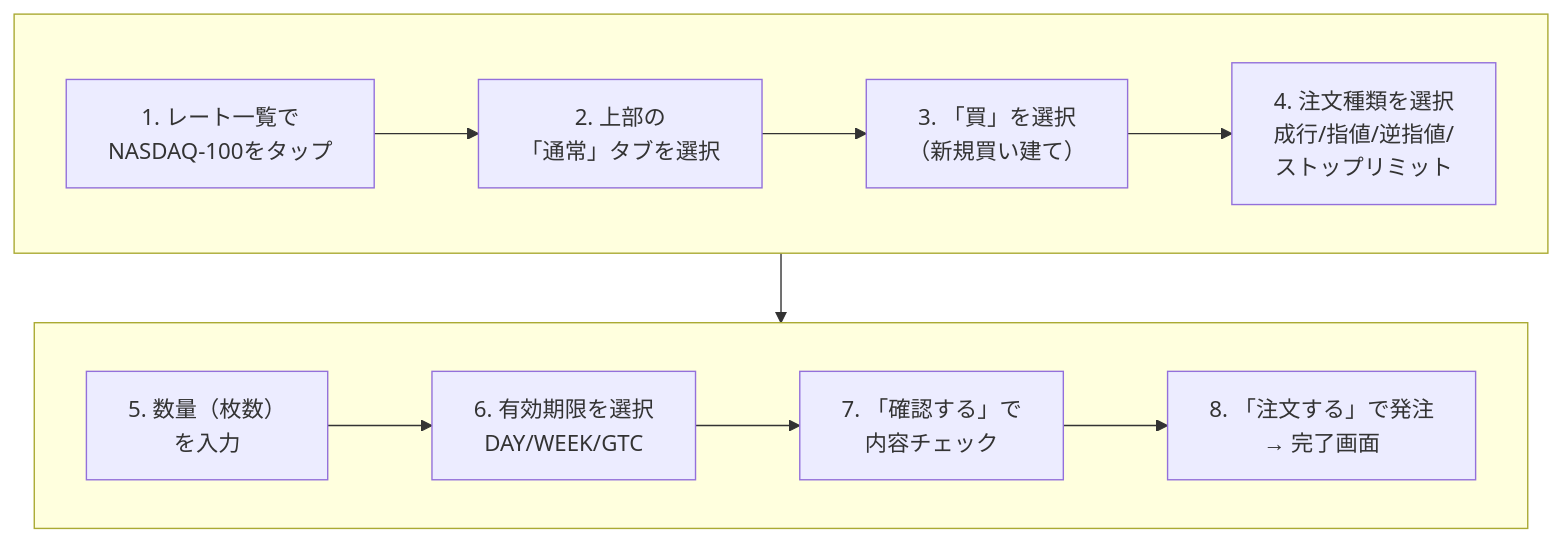
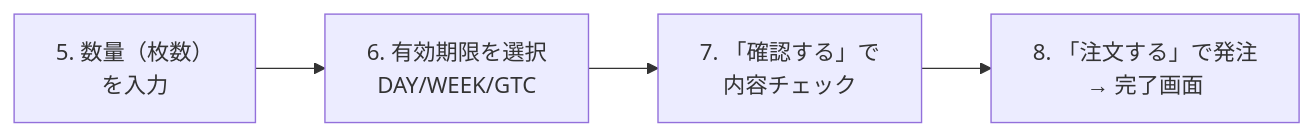
The fourth of 6 diagrams in SBI_KABU365_NASDAQ_GUIDE_20260624.md (KazuyaMurayama/NASDAQ_backtest), drawn with Mermaid before and after one commit. The commit also changed other lines of this file, not shown here.

Commit message:
fix(guide): 新規買い8ステップ図を確実に横描画されるLR2分割に変更
GitHubのMermaidはsubgraphをまたぐ矢印があるとsubgraphのdirection LRを無視し
縦並びに戻すため、4列×2段スネークが縦表示になっていた。subgraphを使わず
前半(STEP1-4)・後半(STEP5-8)の単純なflowchart LR 2図に分割して横描画を保証。

Claude-Session: https://claude.ai/code/session_01JEAbjKzZgrVPwCVXweN9qC

````diff
--- a/SBI_KABU365_NASDAQ_GUIDE_20260624.md
+++ b/SBI_KABU365_NASDAQ_GUIDE_20260624.md
@@ -183,12 +192,4 @@
 ```mermaid
-flowchart TB
-    subgraph 上段[" "]
-        direction LR
-        S1["1. レート一覧で<br/>NASDAQ-100をタップ"] --> S2["2. 上部の<br/>「通常」タブを選択"] --> S3["3. 「買」を選択<br/>（新規買い建て）"] --> S4["4. 注文種類を選択<br/>成行/指値/逆指値/<br/>ストップリミット"]
-    end
-    subgraph 下段[" "]
-        direction LR
-        S5["5. 数量（枚数）<br/>を入力"] --> S6["6. 有効期限を選択<br/>DAY/WEEK/GTC"] --> S7["7. 「確認する」で<br/>内容チェック"] --> S8["8. 「注文する」で発注<br/>→ 完了画面"]
-    end
-    S4 --> S5
+flowchart LR
+    S5["5. 数量（枚数）<br/>を入力"] --> S6["6. 有効期限を選択<br/>DAY/WEEK/GTC"] --> S7["7. 「確認する」で<br/>内容チェック"] --> S8["8. 「注文する」で発注<br/>→ 完了画面"]
 ```
````
